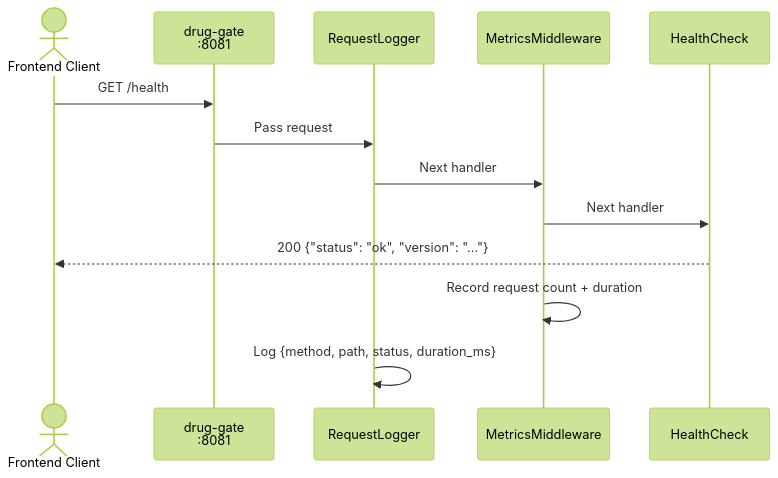
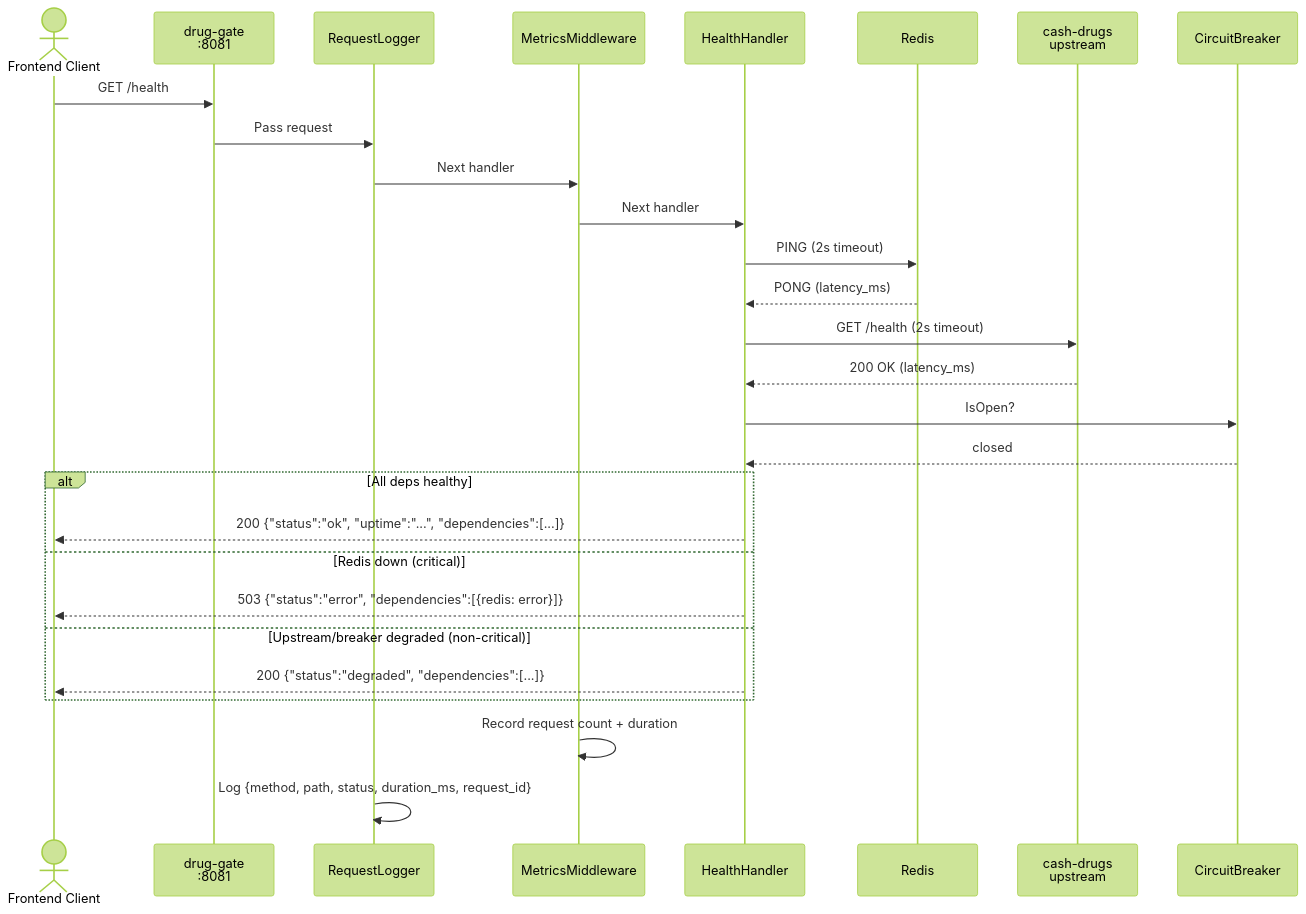
The first of 21 diagrams in docs/sequence-diagram.md (finish06/drug-gate), drawn with Mermaid (forest theme) before and after one commit. The commit also changed other lines of this file and 2 other files, not shown here.

Commit message:
docs: update PRD backlog, CHANGELOG, sequence diagrams
- PRD: mark 12 backlog items as DONE (S-001..S-004, SEC-001, SEC-002,
  SEC-004, U-001, U-003, U-005, U-006, U-007)
- CHANGELOG: add [Unreleased] section with all changes since v0.9.0
  (health/version standard, singleflight fix, backlog items, coverage)
- Sequence diagram: rewrite health check flow to show dependency
  checks (Redis, upstream, breaker), three-tier status, update route table

````diff
--- a/docs/sequence-diagram.md
+++ b/docs/sequence-diagram.md
@@ -27,16 +27,33 @@
 ```mermaid
 sequenceDiagram
     actor Client as Frontend Client
     participant GW as drug-gate<br/>:8081
     participant LOG as RequestLogger
     participant MET as MetricsMiddleware
-    participant HC as HealthCheck
+    participant HH as HealthHandler
+    participant R as Redis
+    participant UP as cash-drugs<br/>upstream
+    participant CB as CircuitBreaker
 
     Client->>GW: GET /health
     GW->>LOG: Pass request
     LOG->>MET: Next handler
-    MET->>HC: Next handler
-    HC-->>Client: 200 {"status": "ok", "version": "..."}
+    MET->>HH: Next handler
+    HH->>R: PING (2s timeout)
+    R-->>HH: PONG (latency_ms)
+    HH->>UP: GET /health (2s timeout)
+    UP-->>HH: 200 OK (latency_ms)
+    HH->>CB: IsOpen?
+    CB-->>HH: closed
+
+    alt All deps healthy
+        HH-->>Client: 200 {"status":"ok", "uptime":"...", "dependencies":[...]}
+    else Redis down (critical)
+        HH-->>Client: 503 {"status":"error", "dependencies":[{redis: error}]}
+    else Upstream/breaker degraded (non-critical)
+        HH-->>Client: 200 {"status":"degraded", "dependencies":[...]}
+    end
+
     MET->>MET: Record request count + duration
-    LOG->>LOG: Log {method, path, status, duration_ms}
+    LOG->>LOG: Log {method, path, status, duration_ms, request_id}
 ```
````
